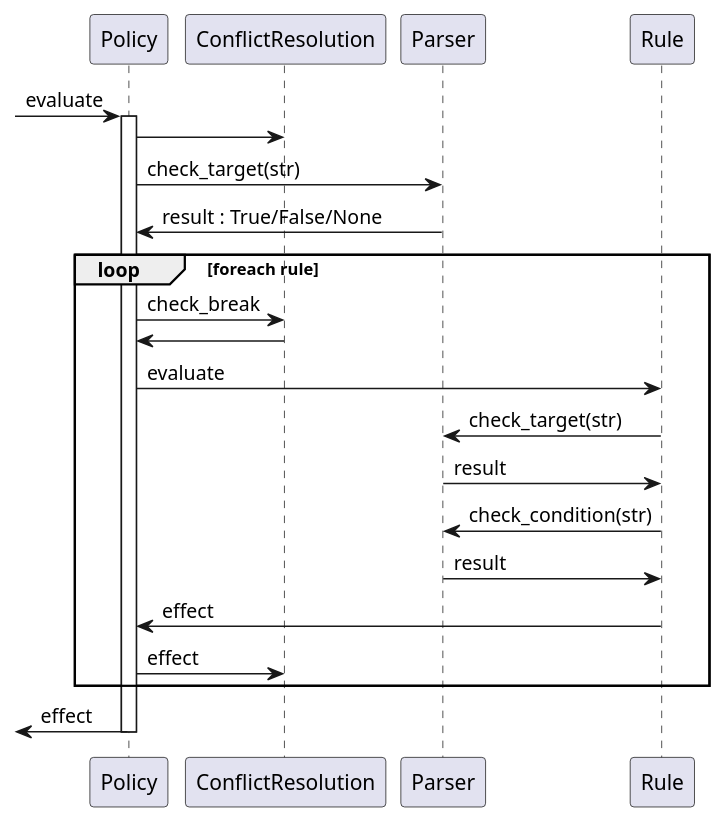
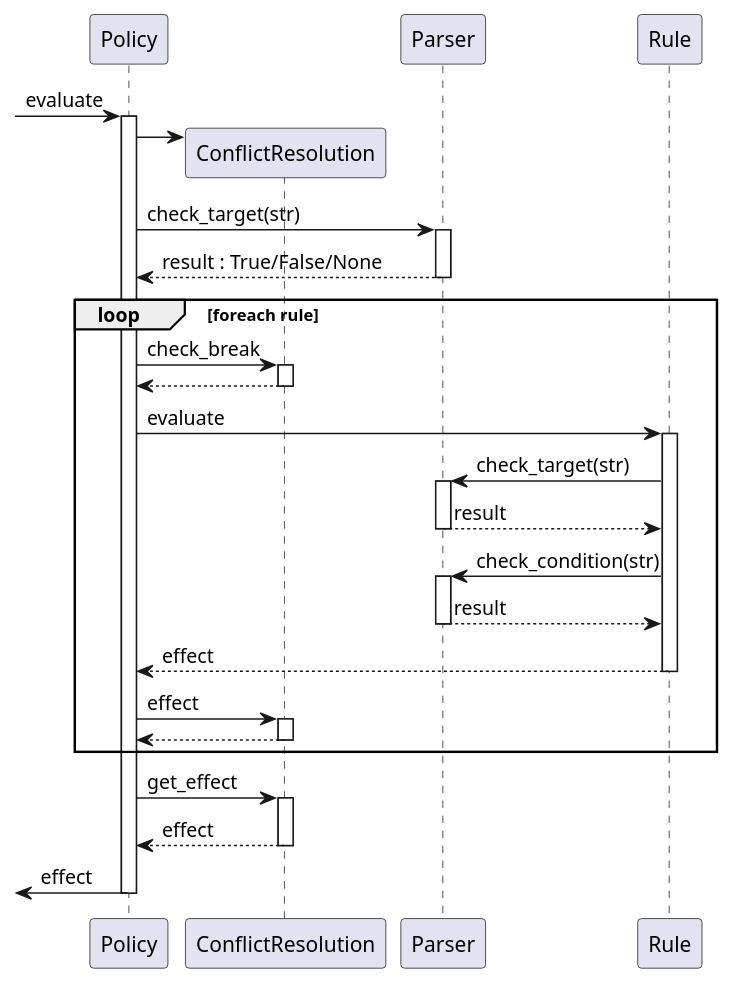
Before and after one commit to JustKiddingCode/arpoc: the diagram in docs/concepts/seq_p_evaluation.puml, drawn with PlantUML. The commit also changed 13 other files, not shown here.

```diff
--- a/docs/concepts/seq_p_evaluation.puml
+++ b/docs/concepts/seq_p_evaluation.puml
@@ -1,18 +1,21 @@
 [-> Policy: evaluate
 activate Policy
-Policy -> ConflictResolution
-Policy -> Parser: check_target(str)
-Parser -> Policy: result : True/False/None
+Policy -> ConflictResolution **
+Policy -> Parser ++ : check_target(str)
+return result : True/False/None
 loop foreach rule
-   Policy -> ConflictResolution: check_break
-   ConflictResolution -> Policy
-   Policy -> Rule : evaluate
-   Rule -> Parser: check_target(str)
-   Parser -> Rule: result
-   Rule -> Parser: check_condition(str)
-   Parser -> Rule: result
-   Rule -> Policy: effect
-   Policy -> ConflictResolution: effect
+   Policy -> ConflictResolution ++: check_break
+   return
+   Policy -> Rule ++: evaluate
+   Rule -> Parser ++: check_target(str)
+   return result
+   Rule -> Parser ++: check_condition(str)
+   return result
+   return effect
+   Policy -> ConflictResolution ++: effect
+   return
 end
+Policy -> ConflictResolution ++: get_effect
+return effect
 Policy ->[: effect
 deactivate Policy
```
